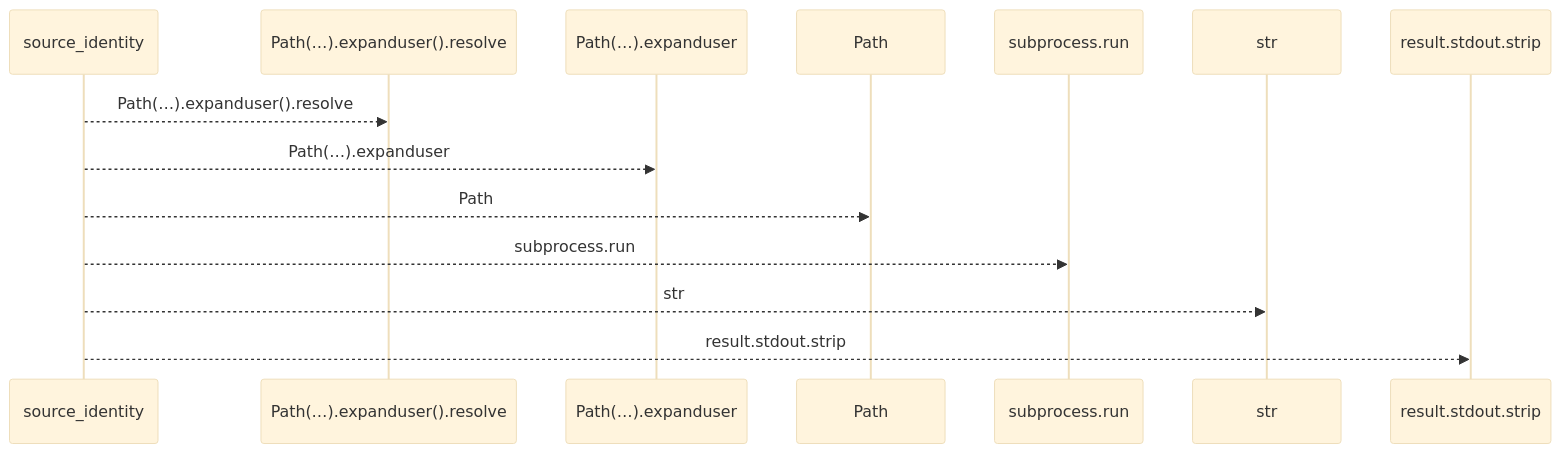
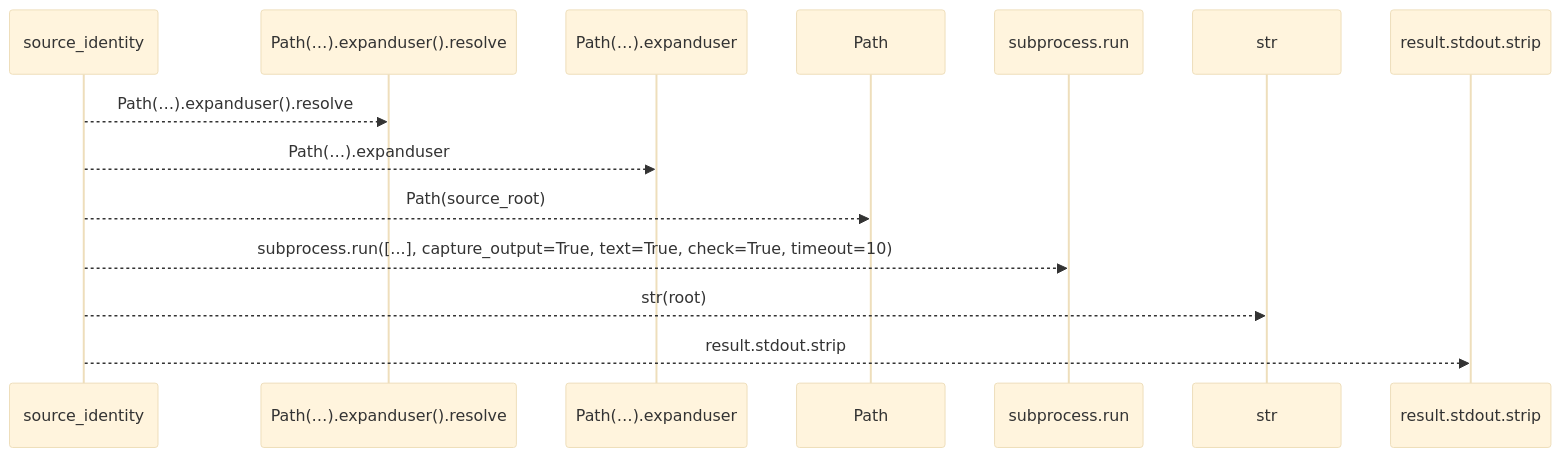
Before and after one commit to Denissvgn/python-wiki-llm: the first of 2 diagrams in docs/llm_wiki/flows/api-source_identity.md, drawn with Mermaid (base theme). The commit also changed other lines of this file and 1410 other files, not shown here.

````diff
--- a/docs/llm_wiki/flows/api-source_identity.md
+++ b/docs/llm_wiki/flows/api-source_identity.md
@@ -10,16 +12,16 @@
 ```mermaid
 sequenceDiagram
     participant p0 as source_identity
     participant p1 as Path(…).expanduser().resolve
     participant p2 as Path(…).expanduser
     participant p3 as Path
     participant p4 as subprocess.run
     participant p5 as str
     participant p6 as result.stdout.strip
     p0-->>p1: Path(…).expanduser().resolve
     p0-->>p2: Path(…).expanduser
-    p0-->>p3: Path
-    p0-->>p4: subprocess.run
-    p0-->>p5: str
+    p0-->>p3: Path(source_root)
+    p0-->>p4: subprocess.run([...], capture_output=True, text=True, check=True, timeout=10)
+    p0-->>p5: str(root)
     p0-->>p6: result.stdout.strip
 ```
````
